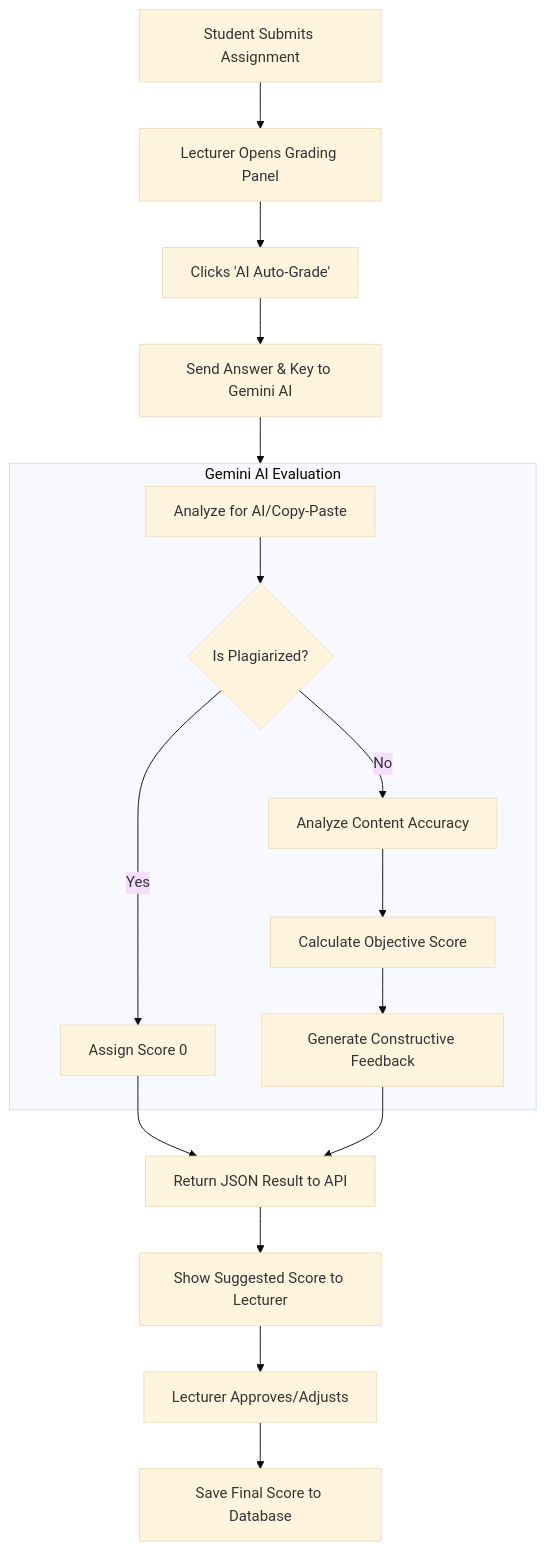
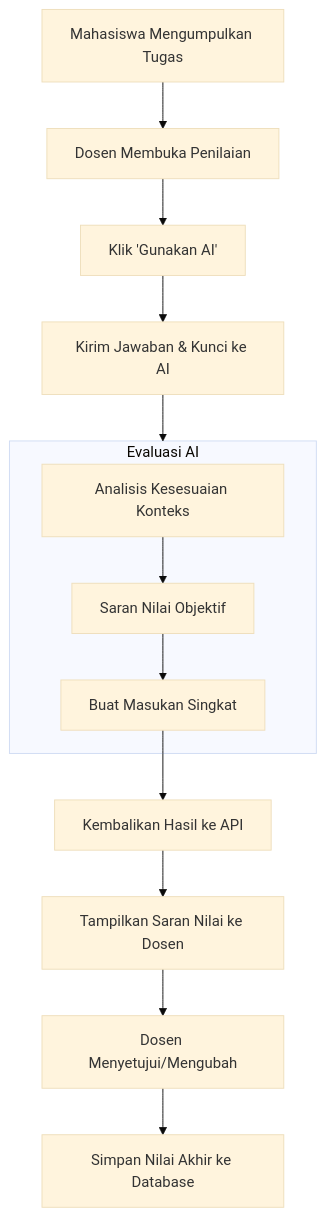
One commit to dwikrisnandi/siakad-dkn-dkn changed the fourth of 4 diagrams in README.md. Above: the diagram before and after it, drawn with Mermaid (base theme). The commit also changed other lines of this file, not shown here.

````diff
--- a/README.md
+++ b/README.md
@@ -140,27 +120,21 @@
 ```mermaid
 flowchart TD
-    Start[Student Submits Assignment] --> Panel[Lecturer Opens Grading Panel]
-    Panel --> Click[Clicks 'AI Auto-Grade']
-    Click --> Send[Send Answer & Key to Gemini AI]
+    Start[Mahasiswa Mengumpulkan Tugas] --> Panel[Dosen Membuka Penilaian]
+    Panel --> Click[Klik 'Gunakan AI']
+    Click --> Send[Kirim Jawaban & Kunci ke AI]
     
-    subgraph GeminiEval [Gemini AI Evaluation]
-        Check[Analyze for AI/Copy-Paste]
-        Decision{Is Plagiarized?}
-        Score0[Assign Score 0]
-        Analyze[Analyze Content Accuracy]
-        Score[Calculate Objective Score]
-        Feedback[Generate Constructive Feedback]
+    subgraph GeminiEval [Evaluasi AI]
+        Analyze[Analisis Kesesuaian Konteks]
+        Score[Saran Nilai Objektif]
+        Feedback[Buat Masukan Singkat]
         
-        Check --> Decision
-        Decision -->|Yes| Score0
-        Decision -->|No| Analyze --> Score --> Feedback
+        Analyze --> Score --> Feedback
     end
     
     Send --> GeminiEval
-    Score0 --> API_Return[Return JSON Result to API]
-    Feedback --> API_Return
+    Feedback --> API_Return[Kembalikan Hasil ke API]
     
-    API_Return --> Display[Show Suggested Score to Lecturer]
-    Display --> Approve[Lecturer Approves/Adjusts]
-    Approve --> Save[Save Final Score to Database]
+    API_Return --> Display[Tampilkan Saran Nilai ke Dosen]
+    Display --> Approve[Dosen Menyetujui/Mengubah]
+    Approve --> Save[Simpan Nilai Akhir ke Database]
 ```
````
